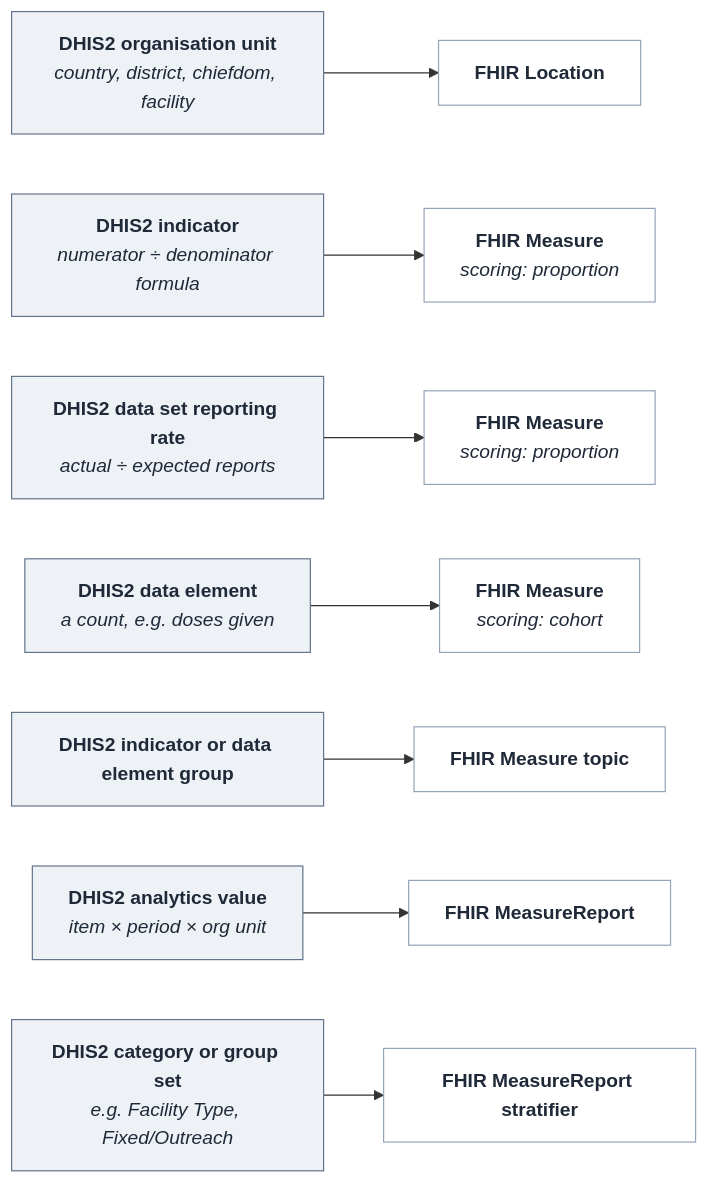
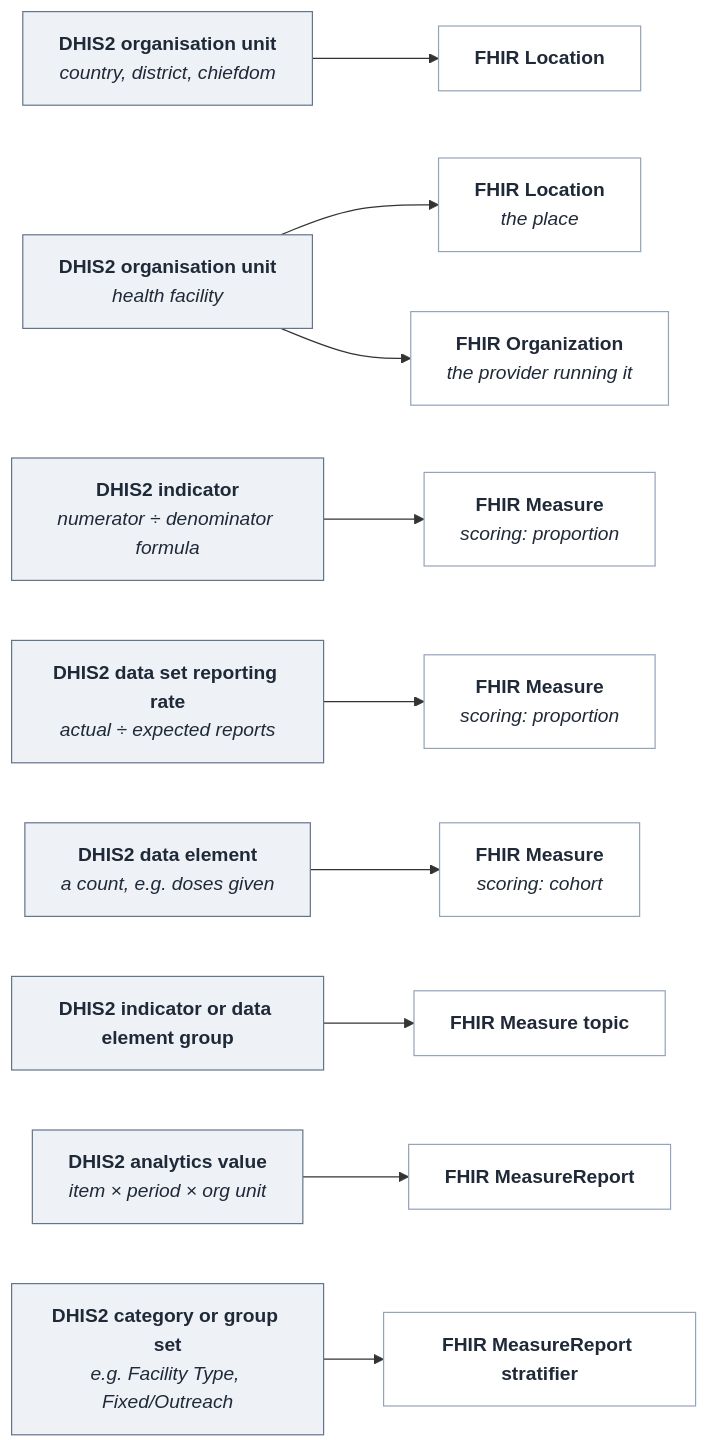
The third of 4 diagrams in campaignhq/sldash/src/about.md (recodelabs/icr), drawn with Mermaid before and after one commit. The commit also changed other lines of this file and 1 other file, not shown here.

First line of the commit message:
About page: facilities as Location and Organization; no ICR references; parquet for any BI tool; Measures explained without an analogy

````diff
--- a/campaignhq/sldash/src/about.md
+++ b/campaignhq/sldash/src/about.md
@@ -89,14 +97,16 @@
 ```mermaid
 flowchart LR
-  OU["<b>DHIS2 organisation unit</b><br/><i>country, district, chiefdom, facility</i>"] --> LOC["<b>FHIR Location</b>"]
+  OU["<b>DHIS2 organisation unit</b><br/><i>country, district, chiefdom</i>"] --> LOC["<b>FHIR Location</b>"]
+  FAC["<b>DHIS2 organisation unit</b><br/><i>health facility</i>"] --> FLOC["<b>FHIR Location</b><br/><i>the place</i>"]
+  FAC --> ORG["<b>FHIR Organization</b><br/><i>the provider running it</i>"]
   IND["<b>DHIS2 indicator</b><br/><i>numerator ÷ denominator formula</i>"] --> MP["<b>FHIR Measure</b><br/><i>scoring: proportion</i>"]
   DS["<b>DHIS2 data set reporting rate</b><br/><i>actual ÷ expected reports</i>"] --> MP2["<b>FHIR Measure</b><br/><i>scoring: proportion</i>"]
   DE["<b>DHIS2 data element</b><br/><i>a count, e.g. doses given</i>"] --> MC["<b>FHIR Measure</b><br/><i>scoring: cohort</i>"]
   GRP["<b>DHIS2 indicator or data element group</b>"] --> TOP["<b>FHIR Measure topic</b>"]
   VAL["<b>DHIS2 analytics value</b><br/><i>item × period × org unit</i>"] --> MR["<b>FHIR MeasureReport</b>"]
   CAT["<b>DHIS2 category or group set</b><br/><i>e.g. Facility Type, Fixed/Outreach</i>"] --> STR["<b>FHIR MeasureReport stratifier</b>"]
   classDef dhis fill:#eef2f7,stroke:#64748b,color:#1f2937
   classDef fhir fill:#ffffff,stroke:#94a3b8,color:#1f2937
-  class OU,IND,DS,DE,GRP,VAL,CAT dhis
-  class LOC,MP,MP2,MC,TOP,MR,STR fhir
+  class OU,FAC,IND,DS,DE,GRP,VAL,CAT dhis
+  class LOC,FLOC,ORG,MP,MP2,MC,TOP,MR,STR fhir
 ```
````
